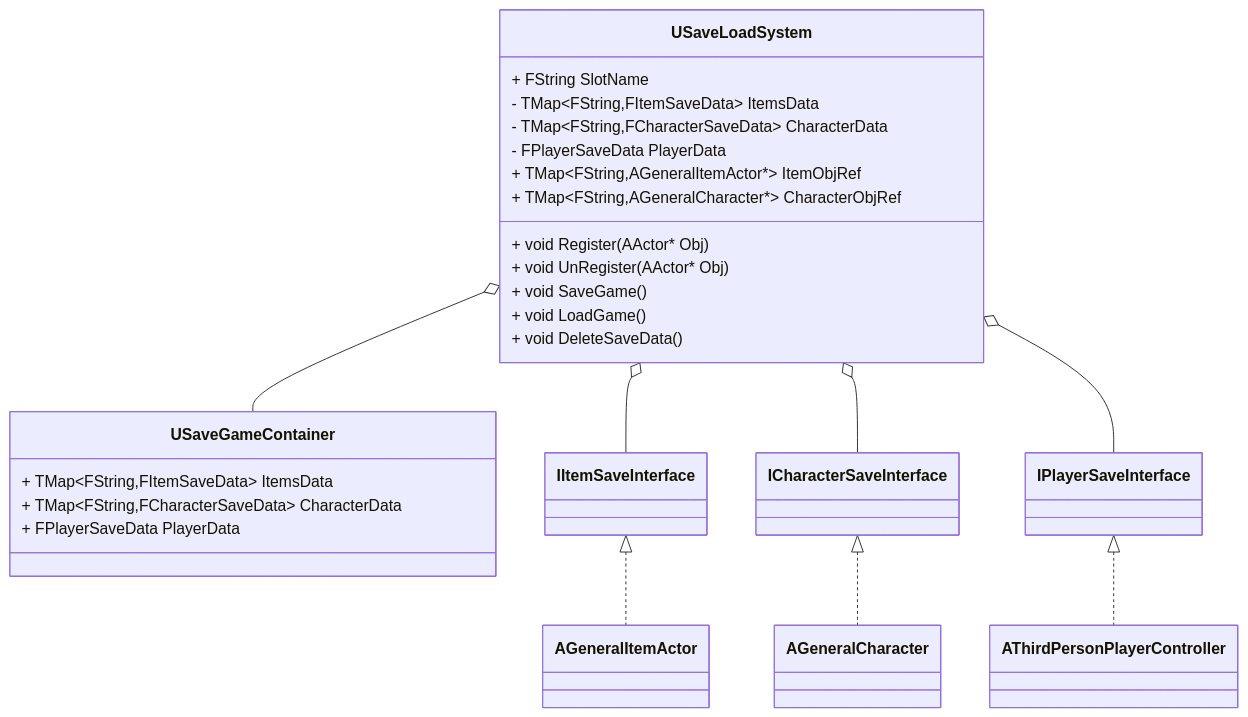
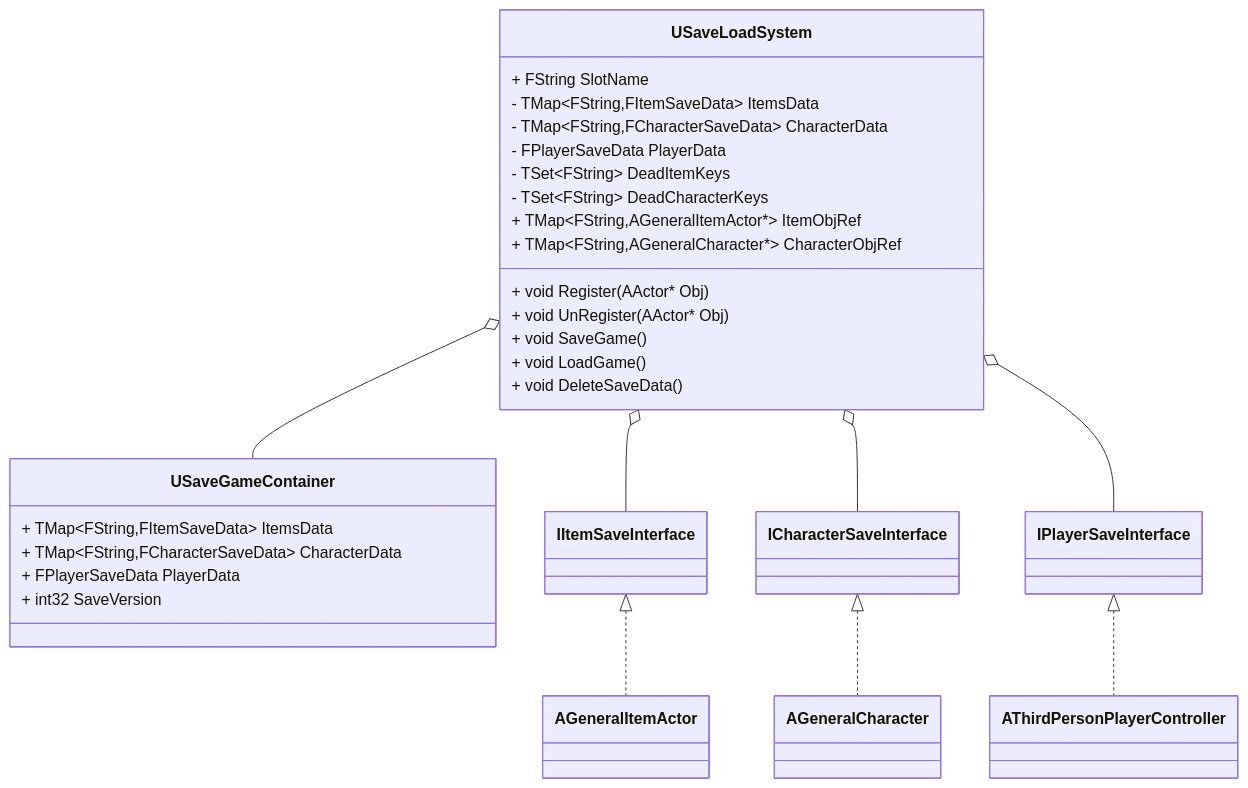
Before and after one commit to getyo/ARPG_Learn: the first of 5 diagrams in Document/存档系统.md, drawn with Mermaid. The commit also changed other lines of this file and 5 other files, not shown here.

````diff
--- a/Document/存档系统.md
+++ b/Document/存档系统.md
@@ -11,29 +11,32 @@
 ```mermaid
 classDiagram
 	USaveLoadSystem o-- USaveGameContainer
 	USaveLoadSystem o-- IItemSaveInterface
 	USaveLoadSystem o-- ICharacterSaveInterface
 	USaveLoadSystem o-- IPlayerSaveInterface
 	IItemSaveInterface <|.. AGeneralItemActor
 	ICharacterSaveInterface <|.. AGeneralCharacter
 	IPlayerSaveInterface <|.. AThirdPersonPlayerController
 
 	class USaveLoadSystem{
 		+ FString SlotName
 		- TMap~FString,FItemSaveData~ ItemsData
 		- TMap~FString,FCharacterSaveData~ CharacterData
 		- FPlayerSaveData PlayerData
+		- TSet~FString~ DeadItemKeys
+		- TSet~FString~ DeadCharacterKeys
 		+ TMap~FString,AGeneralItemActor*~ ItemObjRef
 		+ TMap~FString,AGeneralCharacter*~ CharacterObjRef
 		+ void Register(AActor* Obj)
 		+ void UnRegister(AActor* Obj)
 		+ void SaveGame()
 		+ void LoadGame()
 		+ void DeleteSaveData()
 	}
 	class USaveGameContainer{
 		+ TMap~FString,FItemSaveData~ ItemsData
 		+ TMap~FString,FCharacterSaveData~ CharacterData
 		+ FPlayerSaveData PlayerData
+		+ int32 SaveVersion
 	}
 ```
````
